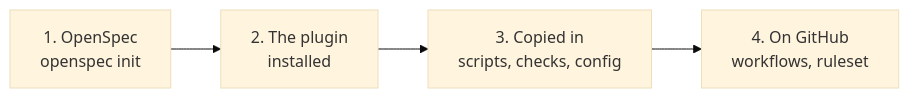
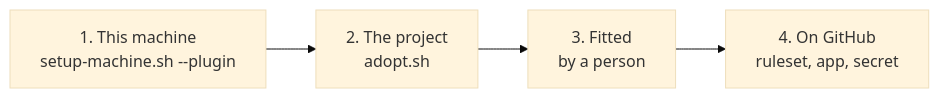
Before and after one commit to dibbdob/claude-code-governed-workflow: the second of 2 diagrams in README.md, drawn with Mermaid (base theme). The commit also changed other lines of this file and 24 other files, not shown here.

````diff
--- a/README.md
+++ b/README.md
@@ -126,6 +151,6 @@
 ```mermaid
 flowchart LR
-  A["1. OpenSpec<br/>openspec init"] --> B["2. The plugin<br/>installed"]
-  B --> C["3. Copied in<br/>scripts, checks, config"]
-  C --> D["4. On GitHub<br/>workflows, ruleset"]
+  A["1. This machine<br/>setup-machine.sh --plugin"] --> B["2. The project<br/>adopt.sh"]
+  B --> C["3. Fitted<br/>by a person"]
+  C --> D["4. On GitHub<br/>ruleset, app, secret"]
 ```
````
